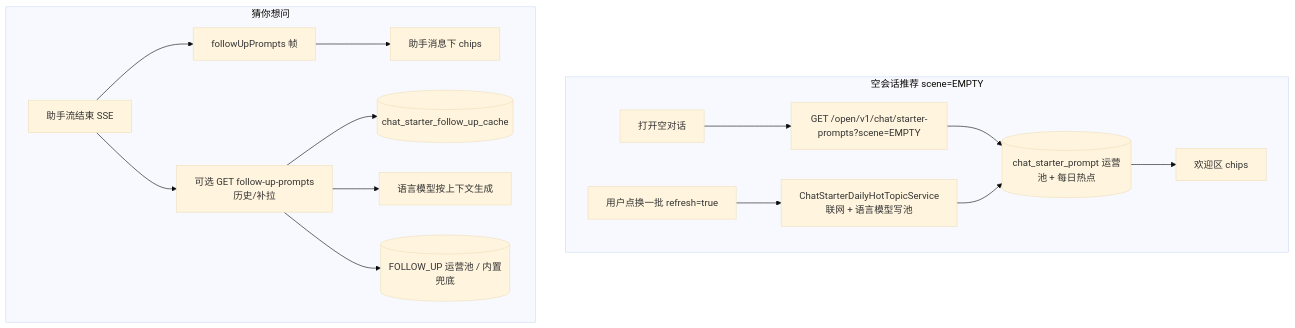
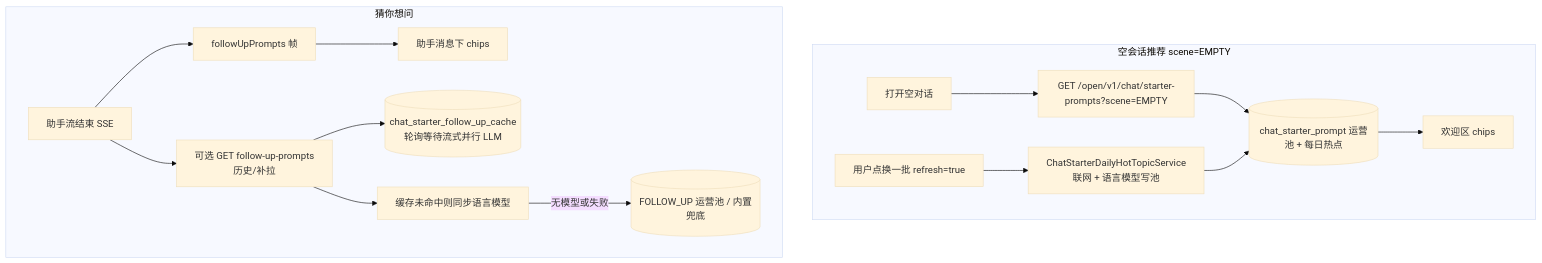
Before and after one commit to Aaron9547/Ai: the fourth of 6 diagrams in PROJECT.md, drawn with Mermaid (base theme). The commit also changed other lines of this file and 38 other files, not shown here.

````diff
--- a/PROJECT.md
+++ b/PROJECT.md
@@ -138,18 +138,18 @@
 ```mermaid
 flowchart TB
   subgraph empty [空会话推荐 scene=EMPTY]
     OPEN[打开空对话] --> API1[GET /open/v1/chat/starter-prompts?scene=EMPTY]
     API1 --> POOL1[(chat_starter_prompt 运营池 + 每日热点)]
     POOL1 --> UI1[欢迎区 chips]
     REF[用户点换一批 refresh=true] --> HOT[ChatStarterDailyHotTopicService<br/>联网 + 语言模型写池]
     HOT --> POOL1
   end
   subgraph follow [猜你想问]
     SSE[助手流结束 SSE] --> FU[followUpPrompts 帧]
     FU --> UI2[助手消息下 chips]
     SSE --> REST[可选 GET follow-up-prompts<br/>历史/补拉]
-    REST --> CACHE[(chat_starter_follow_up_cache)]
-    REST --> LLM2[语言模型按上下文生成]
-    REST --> POOL2[(FOLLOW_UP 运营池 / 内置兜底)]
+    REST --> CACHE[(chat_starter_follow_up_cache<br/>轮询等待流式并行 LLM)]
+    REST --> LLM2[缓存未命中则同步语言模型]
+    LLM2 -->|无模型或失败| POOL2[(FOLLOW_UP 运营池 / 内置兜底)]
   end
 ```
````
